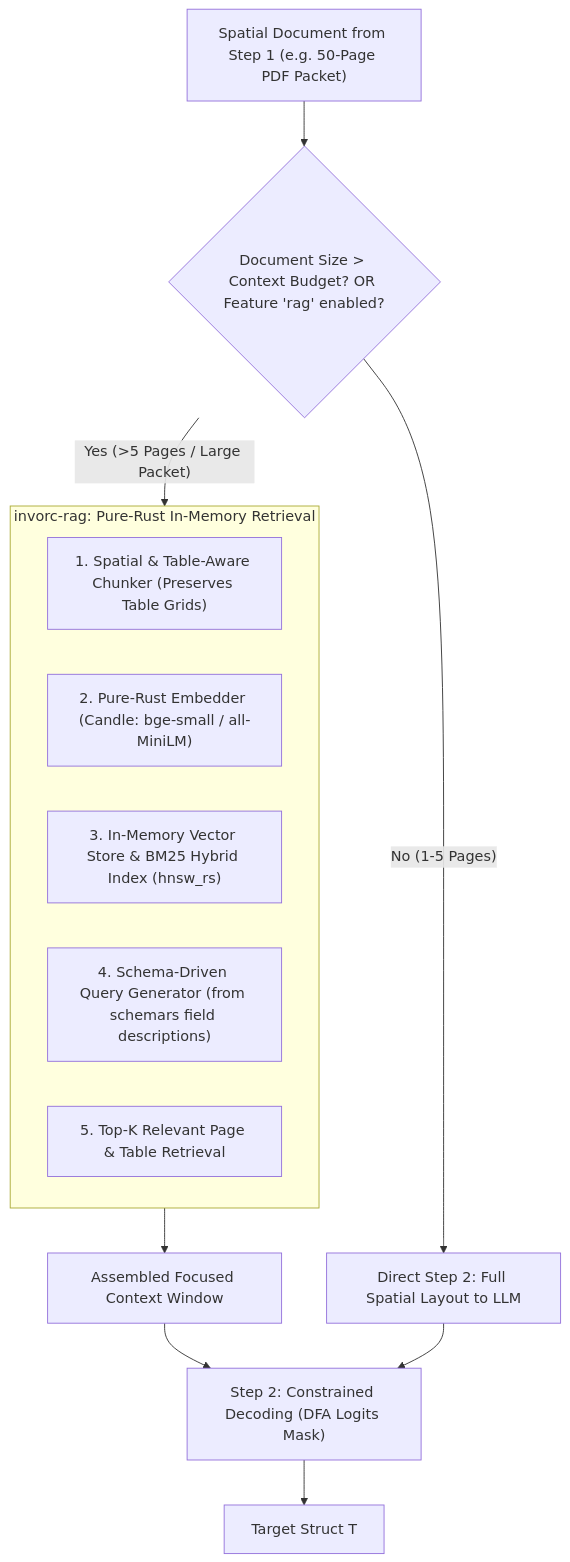
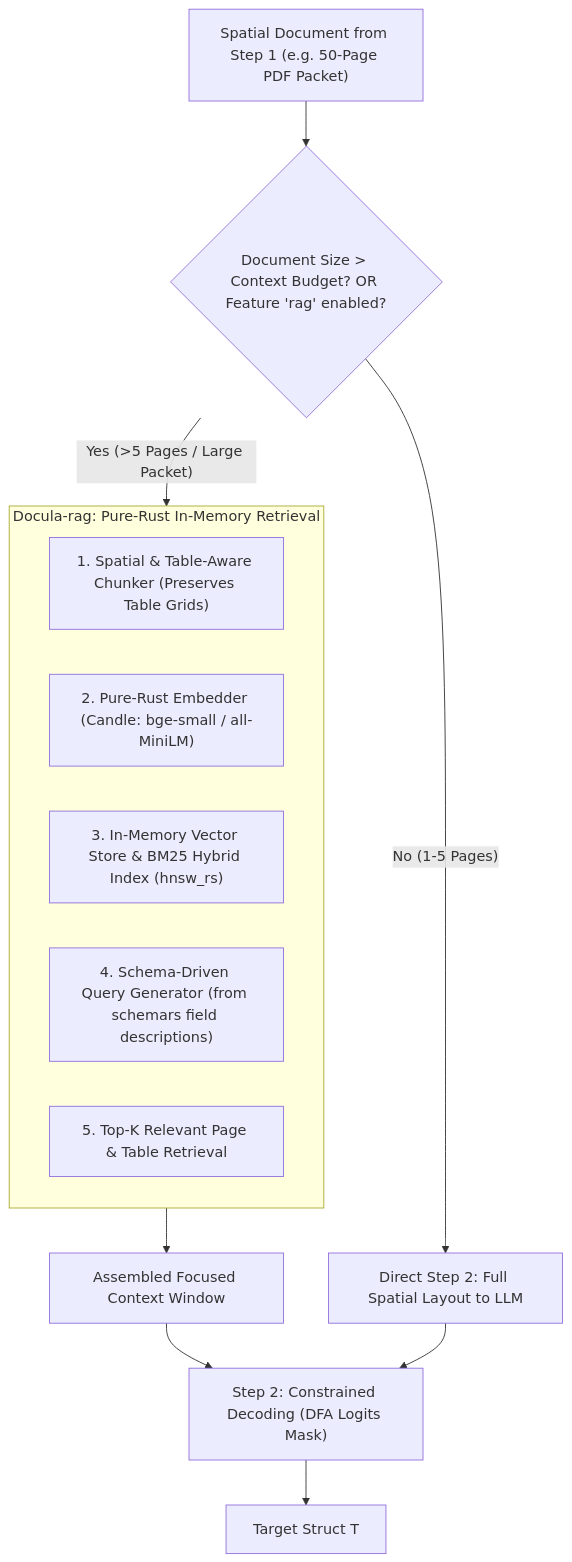
One commit to yasuomaidana/docula changed the diagram in docs/11_RAG_AND_LARGE_DOCUMENT_RETRIEVAL.md. Above: the diagram before and after it, drawn with Mermaid. The commit also changed other lines of this file and 15 other files, not shown here.

````diff
--- a/docs/11_RAG_AND_LARGE_DOCUMENT_RETRIEVAL.md
+++ b/docs/11_RAG_AND_LARGE_DOCUMENT_RETRIEVAL.md
@@ -16,21 +16,21 @@
 ```mermaid
 flowchart TD
     SpatialDoc["Spatial Document from Step 1 (e.g. 50-Page PDF Packet)"] --> ContextCheck{"Document Size > Context Budget? OR Feature 'rag' enabled?"}
     
     ContextCheck -- "No (1-5 Pages)" --> DirectStep2["Direct Step 2: Full Spatial Layout to LLM"]
     
-    ContextCheck -- "Yes (>5 Pages / Large Packet)" --> RAGPipeline["invorc-rag: Schema-Guided Retrieval Pipeline"]
+    ContextCheck -- "Yes (>5 Pages / Large Packet)" --> RAGPipeline["Docula-rag: Schema-Guided Retrieval Pipeline"]
     
-    subgraph RAGPipeline["invorc-rag: Pure-Rust In-Memory Retrieval"]
+    subgraph RAGPipeline["Docula-rag: Pure-Rust In-Memory Retrieval"]
         Chunker["1. Spatial & Table-Aware Chunker (Preserves Table Grids)"]
         Embedder["2. Pure-Rust Embedder (Candle: bge-small / all-MiniLM)"]
         Index["3. In-Memory Vector Store & BM25 Hybrid Index (hnsw_rs)"]
         QueryGen["4. Schema-Driven Query Generator (from schemars field descriptions)"]
         Retriever["5. Top-K Relevant Page & Table Retrieval"]
     end
     
     RAGPipeline --> AssembledContext["Assembled Focused Context Window"]
     AssembledContext --> Step2LLM["Step 2: Constrained Decoding (DFA Logits Mask)"]
     DirectStep2 --> Step2LLM
     Step2LLM --> FinalStruct["Target Struct T"]
 ```
````
